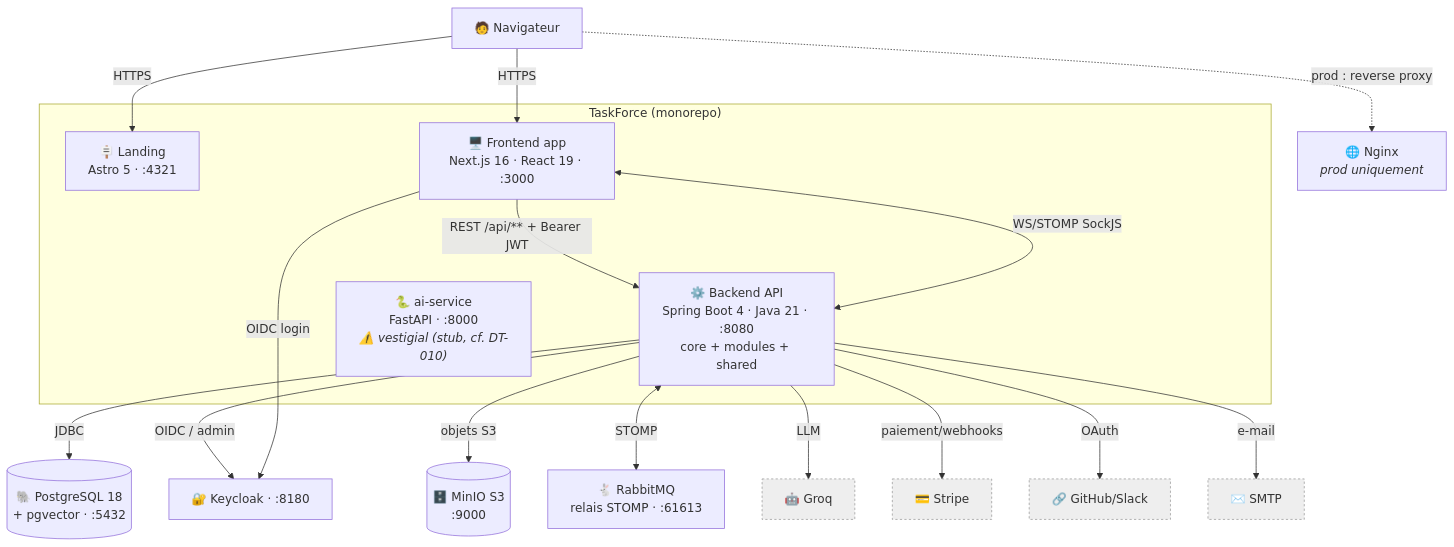
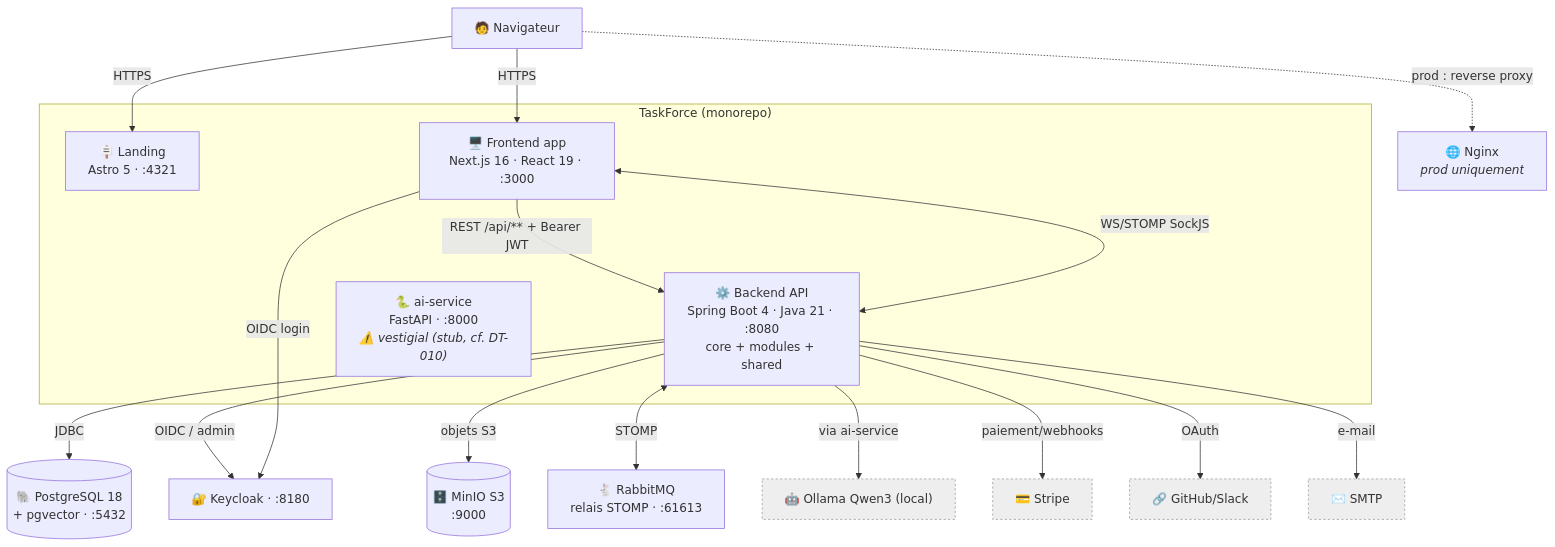
Before and after one commit to taskforce-project/taskforce-docs: the second of 3 diagrams in v1/03-architecture/Architecture_C4.md, drawn with Mermaid. The commit also changed other lines of this file, not shown here.

Commit message:
refactor: replace Groq with Ollama Qwen3 in architecture diagrams

````diff
--- a/v1/03-architecture/Architecture_C4.md
+++ b/v1/03-architecture/Architecture_C4.md
@@ -59,39 +59,39 @@
 ```mermaid
 flowchart TB
     USER["🧑 Navigateur"]
 
     subgraph TF["TaskForce (monorepo)"]
         LAND["🪧 Landing<br/>Astro 5 · :4321"]
         FRONT["🖥️ Frontend app<br/>Next.js 16 · React 19 · :3000"]
         BACK["⚙️ Backend API<br/>Spring Boot 4 · Java 21 · :8080<br/>core + modules + shared"]
         AISVC["🐍 ai-service<br/>FastAPI · :8000<br/><i>⚠️ vestigial (stub, cf. DT-010)</i>"]
     end
 
     PG[("🐘 PostgreSQL 18<br/>+ pgvector · :5432")]
     KC["🔐 Keycloak · :8180"]
     MINIO[("🗄️ MinIO S3<br/>:9000")]
     RMQ["🐇 RabbitMQ<br/>relais STOMP · :61613"]
     NGINX["🌐 Nginx<br/><i>prod uniquement</i>"]
 
     STRIPE["💳 Stripe"]:::ext
-    GROQ["🤖 Groq"]:::ext
+    OLLAMA["🤖 Ollama Qwen3 (local)"]:::ext
     OAUTH["🔗 GitHub/Slack"]:::ext
     SMTP["✉️ SMTP"]:::ext
 
     USER -->|HTTPS| LAND
     USER -->|HTTPS| FRONT
     USER -.->|prod : reverse proxy| NGINX
     FRONT -->|REST /api/** + Bearer JWT| BACK
     FRONT <-->|WS/STOMP SockJS| BACK
     BACK -->|JDBC| PG
     BACK -->|OIDC / admin| KC
     FRONT -->|OIDC login| KC
     BACK -->|objets S3| MINIO
     BACK <-->|STOMP| RMQ
-    BACK -->|LLM| GROQ
+    BACK -->|via ai-service| OLLAMA
     BACK -->|paiement/webhooks| STRIPE
     BACK -->|OAuth| OAUTH
     BACK -->|e-mail| SMTP
 
     classDef ext fill:#eee,stroke:#999,stroke-dasharray:3 3;
 ```
````
